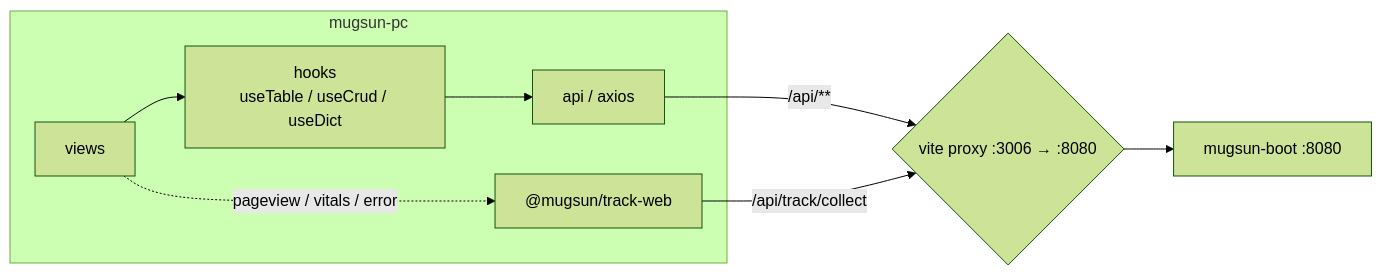
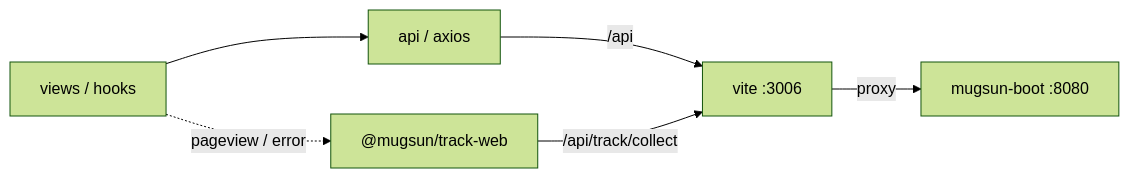
Before and after one commit to mugsun/mugsun-pc: the diagram in README_EN.md, drawn with Mermaid (forest theme). The commit also changed other lines of this file and 1 other file, not shown here.

````diff
--- a/README_EN.md
+++ b/README_EN.md
@@ -39,11 +50,8 @@
 ```mermaid
 flowchart LR
-  subgraph FE[mugsun-pc]
-    V[views] --> H[hooks<br/>useTable / useCrud / useDict]
-    H --> A[api / axios]
-    V -. pageview / vitals / error .-> T["@mugsun/track-web"]
-  end
-  A -- /api/** --> P{vite proxy :3006 → :8080}
-  T -- /api/track/collect --> P
-  P --> B[mugsun-boot :8080]
+  V[views / hooks] --> A[api / axios]
+  V -. pageview / error .-> T["@mugsun/track-web"]
+  A -->|/api| P["vite :3006"]
+  T -->|/api/track/collect| P
+  P -->|proxy| B["mugsun-boot :8080"]
 ```
````
